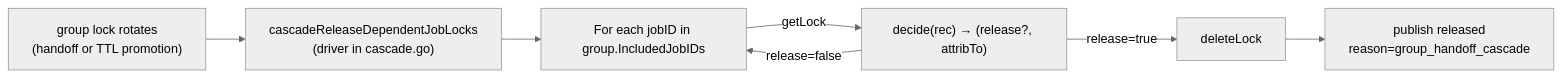
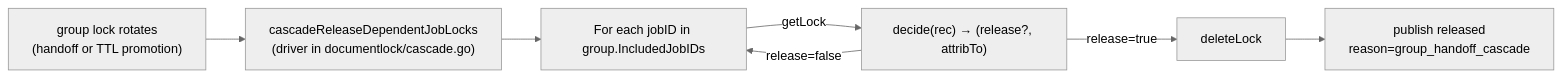
One commit to darcy561/eve-industry-planner changed the third of 3 diagrams in docs/document-lock/BACKEND.md. Above: the diagram before and after it, drawn with Mermaid (neutral theme). The commit also changed other lines of this file and 47 other files, not shown here.

````diff
--- a/docs/document-lock/BACKEND.md
+++ b/docs/document-lock/BACKEND.md
@@ -219,16 +226,16 @@
 ```mermaid
 flowchart LR
   GroupHandoff["group lock rotates<br/>(handoff or TTL promotion)"]
-  CD["cascadeReleaseDependentJobLocks<br/>(driver in cascade.go)"]
+  CD["cascadeReleaseDependentJobLocks<br/>(driver in documentlock/cascade.go)"]
   Decide["decide(rec) → (release?, attribTo)"]
   PerJob["For each jobID in group.IncludedJobIDs"]
   Del["deleteLock"]
   Pub["publish released<br/>reason=group_handoff_cascade"]
 
   GroupHandoff --> CD
   CD --> PerJob
   PerJob -->|"getLock"| Decide
   Decide -->|"release=true"| Del
   Del --> Pub
   Decide -->|"release=false"| PerJob
 ```
````
